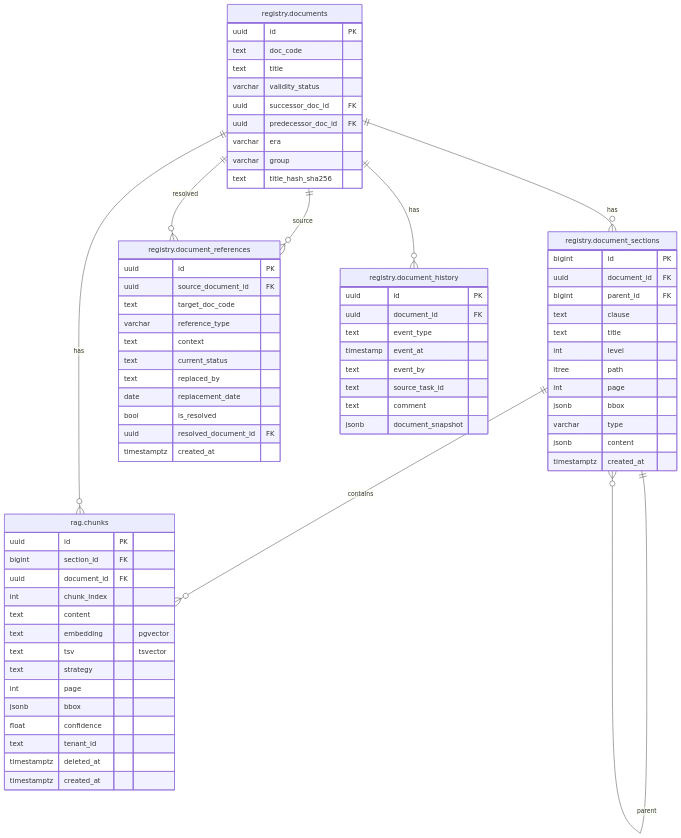
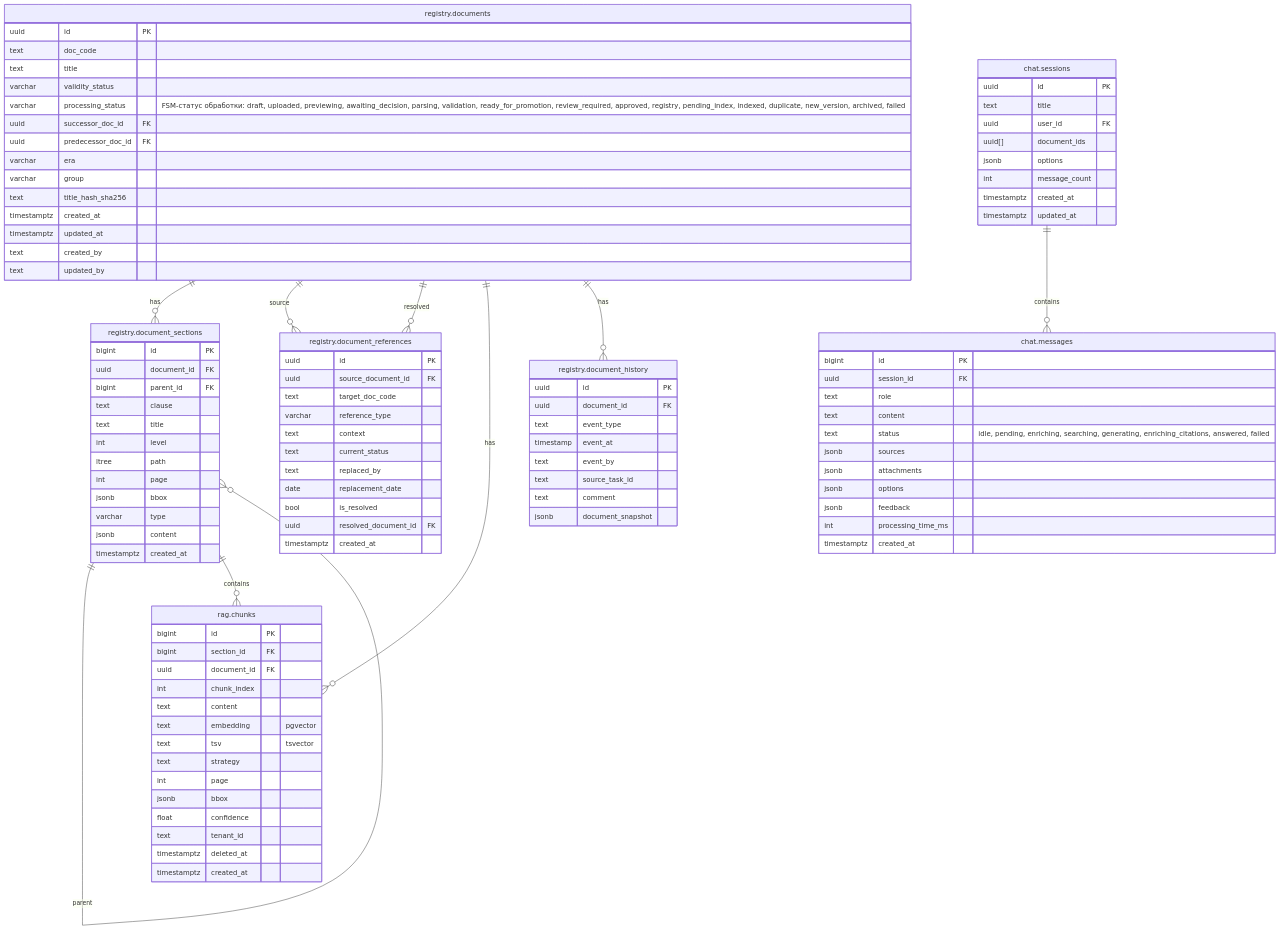
Before and after one commit to MasterKSAF/PKB: the diagram in docs/db_diagrams.md, drawn with Mermaid. The commit also changed other lines of this file and 10 other files, not shown here.

````diff
--- a/docs/db_diagrams.md
+++ b/docs/db_diagrams.md
@@ -13,11 +13,16 @@
         text doc_code
         text title
         varchar validity_status
+        varchar processing_status "FSM-статус обработки: draft, uploaded, previewing, awaiting_decision, parsing, validation, ready_for_promotion, review_required, approved, registry, pending_index, indexed, duplicate, new_version, archived, failed"
         uuid successor_doc_id FK
         uuid predecessor_doc_id FK
         varchar era
         varchar group
         text title_hash_sha256
+        timestamptz created_at
+        timestamptz updated_at
+        text created_by
+        text updated_by
     }
 
     registry.document_sections {
@@ -36,7 +41,7 @@
     }
 
     rag.chunks {
-        uuid id PK
+        bigint id PK
         bigint section_id FK
         uuid document_id FK
         int chunk_index
@@ -77,6 +82,31 @@
         jsonb document_snapshot
     }
 
+    chat.sessions {
+        uuid id PK
+        text title
+        uuid user_id FK
+        uuid[] document_ids
+        jsonb options
+        int message_count
+        timestamptz created_at
+        timestamptz updated_at
+    }
+
+    chat.messages {
+        bigint id PK
+        uuid session_id FK
+        text role
+        text content
+        text status "idle, pending, enriching, searching, generating, enriching_citations, answered, failed"
+        jsonb sources
+        jsonb attachments
+        jsonb options
+        jsonb feedback
+        int processing_time_ms
+        timestamptz created_at
+    }
+
     registry.documents ||--o{ registry.document_sections : has
     registry.document_sections ||--o{ registry.document_sections : parent
     registry.document_sections ||--o{ rag.chunks : contains
@@ -84,4 +114,5 @@
     registry.documents ||--o{ registry.document_references : resolved
     registry.documents ||--o{ rag.chunks : has
     registry.documents ||--o{ registry.document_history : has
+    chat.sessions ||--o{ chat.messages : contains
 ```
````
